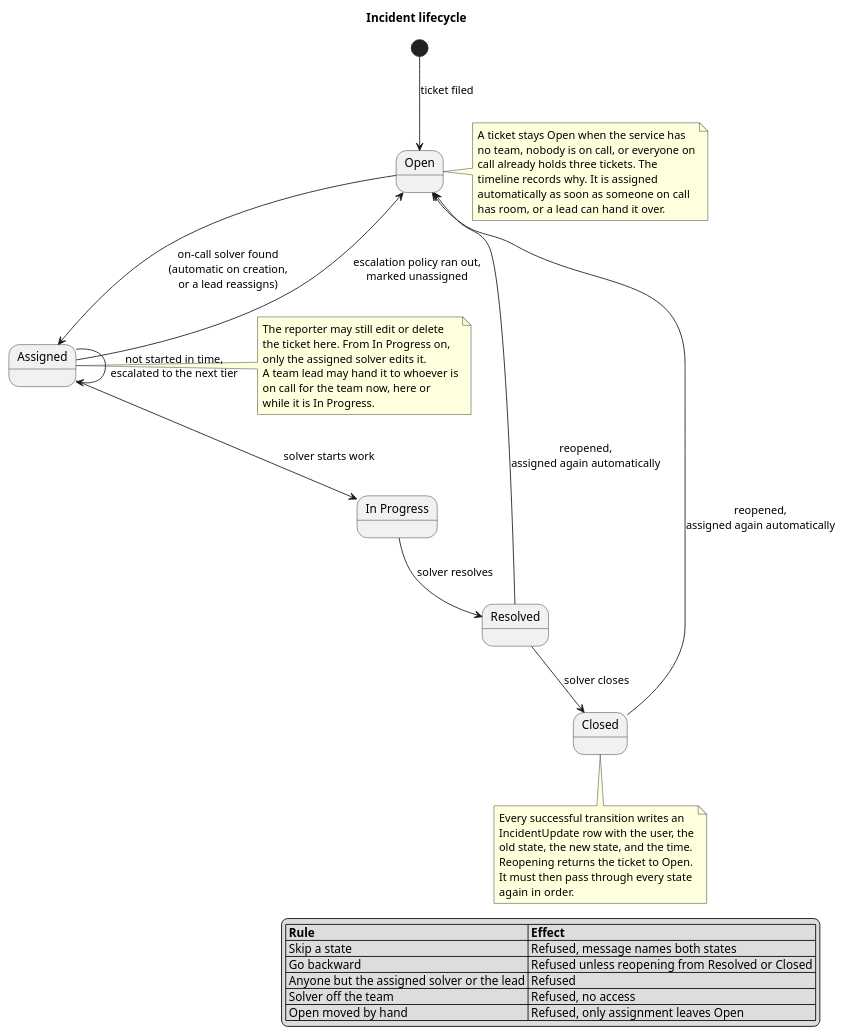
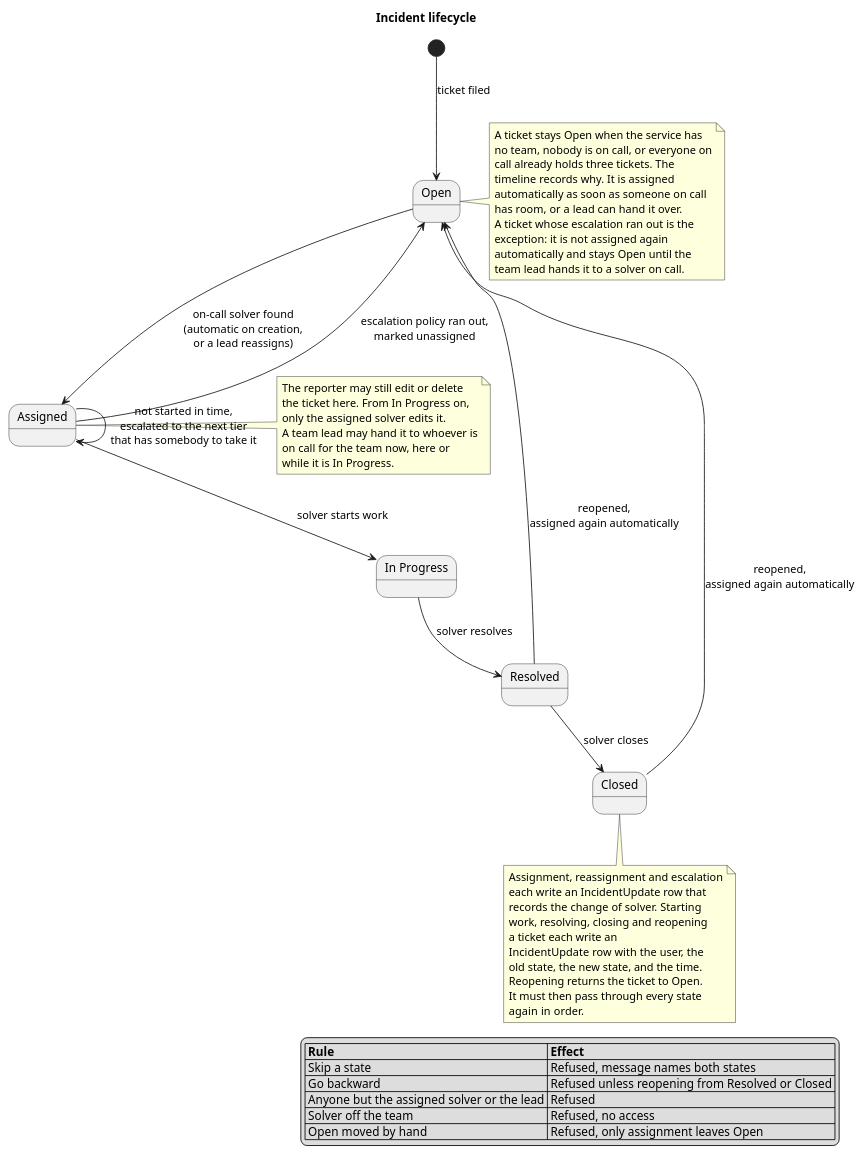
Before and after one commit to ZiedRbd/COSC-3339-Fall-2026-Term-Project: the diagram in docs/incident-state-machine.puml, drawn with PlantUML. The commit also changed 9 other files, not shown here.

Commit message:
Docs match the code: profile picture column in the ER diagram, policy link on the calendar, every trigger of the waiting queue, the administrator account, and two new diagrams (Sprint 4 ER changes, escalation activity)

```diff
--- a/docs/incident-state-machine.puml
+++ b/docs/incident-state-machine.puml
@@ -1,52 +1,60 @@
 @startuml
 title Incident lifecycle
 
 [*] --> Open : ticket filed
 
 state "In Progress" as InProgress
 
 Open --> Assigned : on-call solver found\n(automatic on creation,\nor a lead reassigns)
 Assigned --> InProgress : solver starts work
 InProgress --> Resolved : solver resolves
 Resolved --> Closed : solver closes
 Resolved --> Open : reopened,\nassigned again automatically
 Closed --> Open : reopened,\nassigned again automatically
-Assigned --> Assigned : not started in time,\nescalated to the next tier
+Assigned --> Assigned : not started in time,\nescalated to the next tier\nthat has somebody to take it
 Assigned --> Open : escalation policy ran out,\nmarked unassigned
 
 note right of Open
   A ticket stays Open when the service has
   no team, nobody is on call, or everyone on
   call already holds three tickets. The
   timeline records why. It is assigned
   automatically as soon as someone on call
   has room, or a lead can hand it over.
+  A ticket whose escalation ran out is the
+  exception: it is not assigned again
+  automatically and stays Open until the
+  team lead hands it to a solver on call.
 end note
 
 note right of Assigned
   The reporter may still edit or delete
   the ticket here. From In Progress on,
   only the assigned solver edits it.
   A team lead may hand it to whoever is
   on call for the team now, here or
   while it is In Progress.
 end note
 
 note bottom of Closed
-  Every successful transition writes an
+  Assignment, reassignment and escalation
+  each write an IncidentUpdate row that
+  records the change of solver. Starting
+  work, resolving, closing and reopening
+  a ticket each write an
   IncidentUpdate row with the user, the
   old state, the new state, and the time.
   Reopening returns the ticket to Open.
   It must then pass through every state
   again in order.
 end note
 
 legend right
   |= Rule |= Effect |
   | Skip a state | Refused, message names both states |
   | Go backward | Refused unless reopening from Resolved or Closed |
   | Anyone but the assigned solver or the lead | Refused |
   | Solver off the team | Refused, no access |
   | Open moved by hand | Refused, only assignment leaves Open |
 endlegend
 @enduml
```
